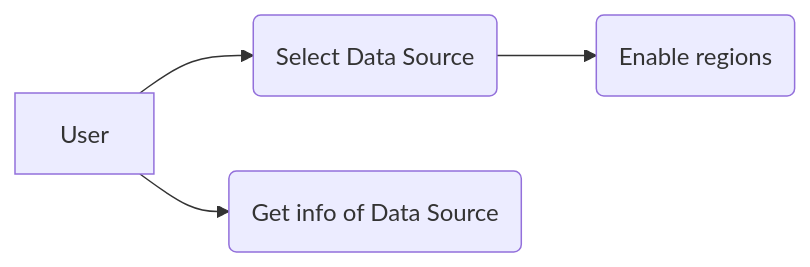
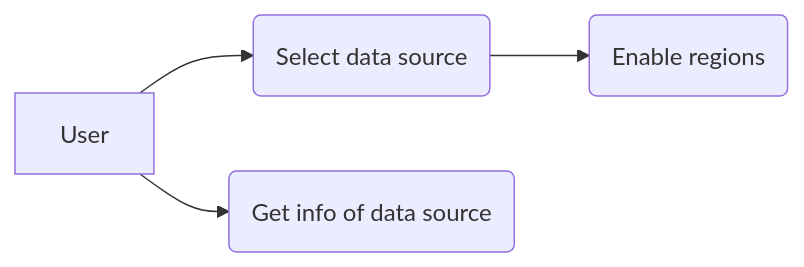
The diagram in use_cases/data_source_selection.md (CONABIO/species_v3.0), drawn with Mermaid before and after one commit. The commit also changed 3 other files, not shown here.

````diff
--- a/use_cases/data_source_selection.md
+++ b/use_cases/data_source_selection.md
@@ -5,6 +5,6 @@
 ```mermaid
 flowchart LR
-    User --> id1(Select Data Source)
-    User --> id2(Get info of Data Source)
+    User --> id1(Select data source)
+    User --> id2(Get info of data source)
     id1 --> id3(Enable regions)
 ```
````
